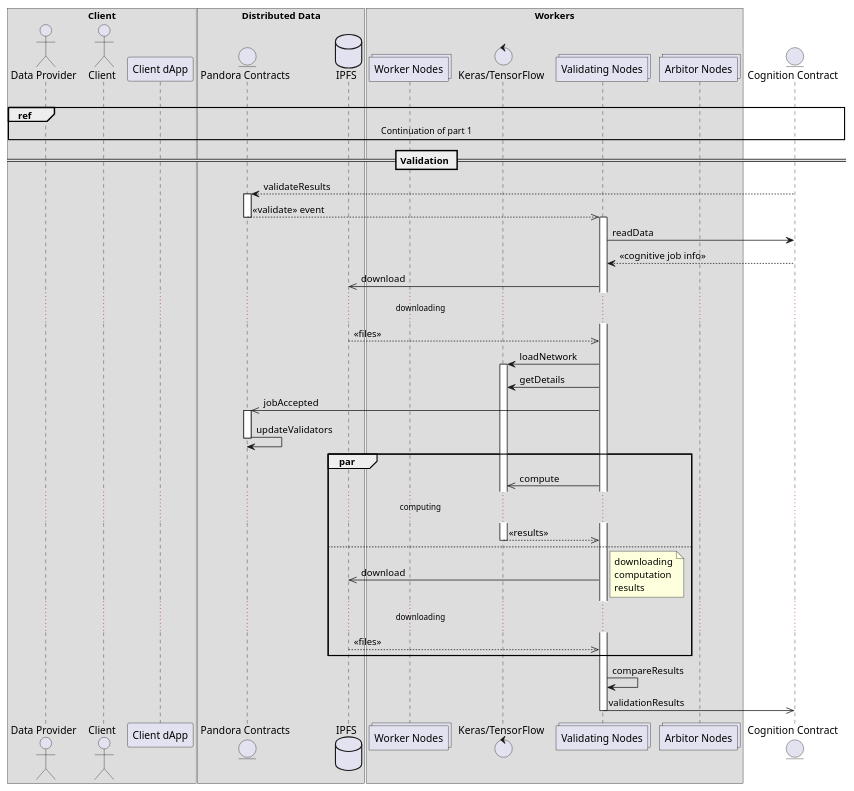
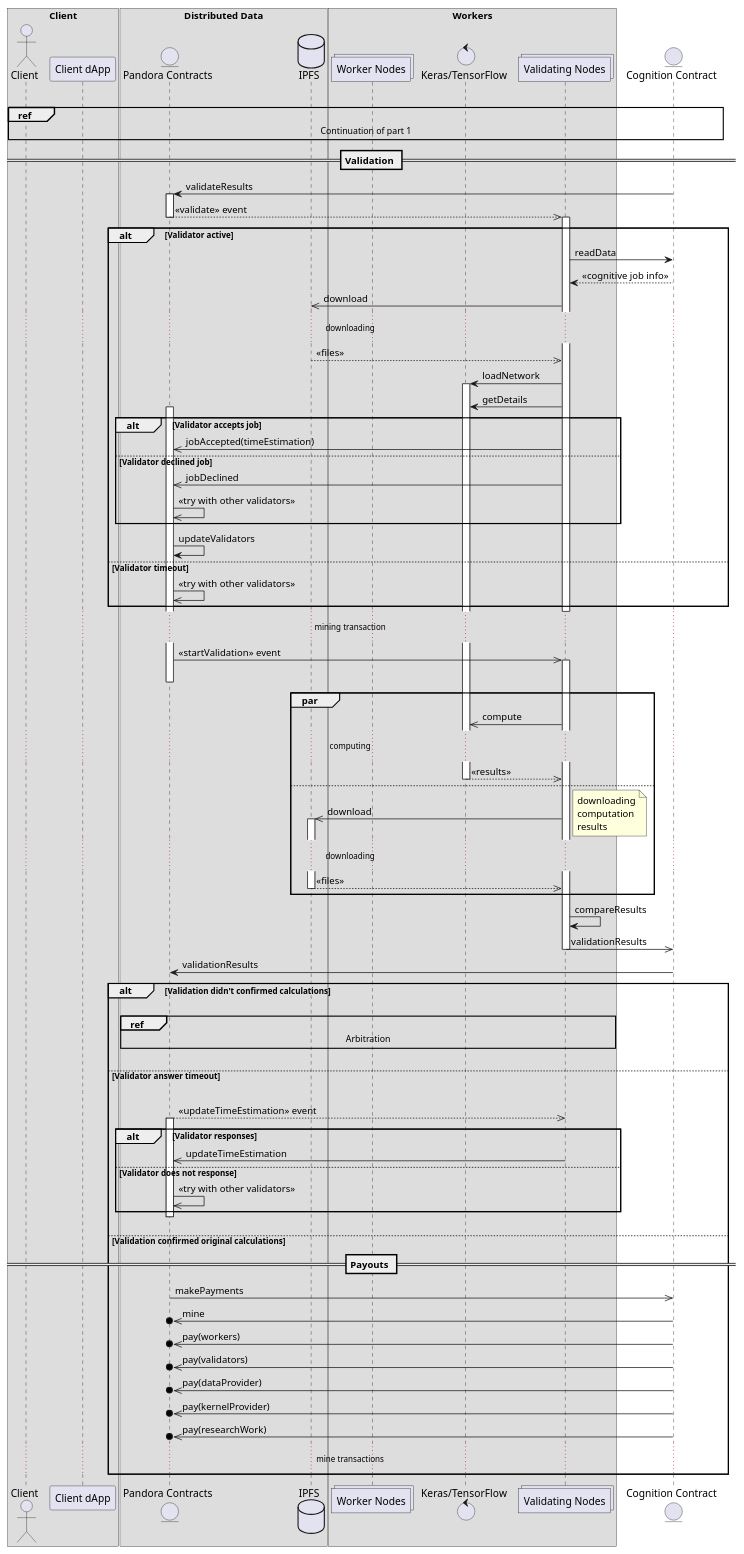
Before and after one commit to pandoraboxchain/pocw-techspecs: the diagram in sequence_cognition_20.plantuml, drawn with PlantUML.

```diff
--- a/sequence_cognition_20.plantuml
+++ b/sequence_cognition_20.plantuml
@@ -1,63 +1,105 @@
 @startuml
 box "Client"
-  actor "Data Provider" as provider
   actor "Client" as client
   participant "Client dApp" as dapp
 end box
 
 box "Distributed Data"
   entity "Pandora Contracts" as pandora
   database "IPFS" as ipfs
 end box
 
 box "Workers"
   collections "Worker Nodes" as workers
   control "Keras/TensorFlow" as nn
   collections "Validating Nodes" as validators
-  collections "Arbitor Nodes" as arbitors
 end box
 
 entity "Cognition Contract" as cognition
 
 |||
-ref over provider, cognition: Continuation of part 1
+ref over client, cognition: Continuation of part 1
 
 == Validation ==
 
-cognition --> pandora: validateResults
+cognition -> pandora: validateResults
 deactivate cognition
 activate pandora
 
 pandora -->> validators: << validate >> event
 deactivate pandora
+
+alt Validator active
+  activate validators
+  validators -> cognition: readData
+  cognition --> validators: << cognitive job info >>
+  validators ->> ipfs: download
+... downloading ...
+  ipfs -->> validators: << files >>
+  validators -> nn: loadNetwork
+  activate nn
+  validators -> nn: getDetails
+  activate pandora
+  alt Validator accepts job
+    validators ->> pandora: jobAccepted(timeEstimation)
+  else Validator declined job
+    validators ->> pandora: jobDeclined
+    pandora ->> pandora: << try with other validators >>
+  end
+  pandora -> pandora: updateValidators
+'... mining transaction ...
+else Validator timeout
+  pandora ->> pandora: << try with other validators >>
+end
+deactivate validators
+... mining transaction ...
+pandora ->> validators: << startValidation >> event
 activate validators
-validators -> cognition: readData
-cognition --> validators: << cognitive job info >>
-validators ->> ipfs: download
-... downloading ...
-ipfs -->> validators: << files >>
-validators -> nn: loadNetwork
-activate nn
-validators -> nn: getDetails
-validators ->> pandora: jobAccepted
-activate pandora
-pandora -> pandora: updateValidators
-'... mining transaction ...
 deactivate pandora
+
 par
   validators ->> nn: compute
   ... computing ...
   nn -->> validators: << results >>
   deactivate nn
 else
   ipfs <<- validators: download
+  activate ipfs
   note right: downloading\ncomputation\nresults
 ... downloading ...
   ipfs -->> validators: << files >>
+  deactivate ipfs
 end
 validators -> validators: compareResults
 validators ->> cognition: validationResults
 deactivate validators
 
-deactivate dapp
+cognition -> pandora: validationResults
+
+alt Validation didn't confirmed calculations
+  |||
+  ref over pandora, workers, validators: Arbitration
+  |||
+else Validator answer timeout
+  |||
+  pandora -->> validators: << updateTimeEstimation >> event
+  activate pandora
+  alt Validator responses
+   validators ->> pandora: updateTimeEstimation
+  else Validator does not response
+    pandora ->> pandora: << try with other validators >>
+  end
+  deactivate pandora
+  |||
+else Validation confirmed original calculations
+== Payouts ==
+  pandora ->> cognition: makePayments
+  cognition ->>o pandora: mine
+  cognition ->>o pandora: pay(workers)
+  cognition ->>o pandora: pay(validators)
+  cognition ->>o pandora: pay(dataProvider)
+  cognition ->>o pandora: pay(kernelProvider)
+  cognition ->>o pandora: pay(researchWork)
+... mine transactions ...
+end
 @enduml
```
